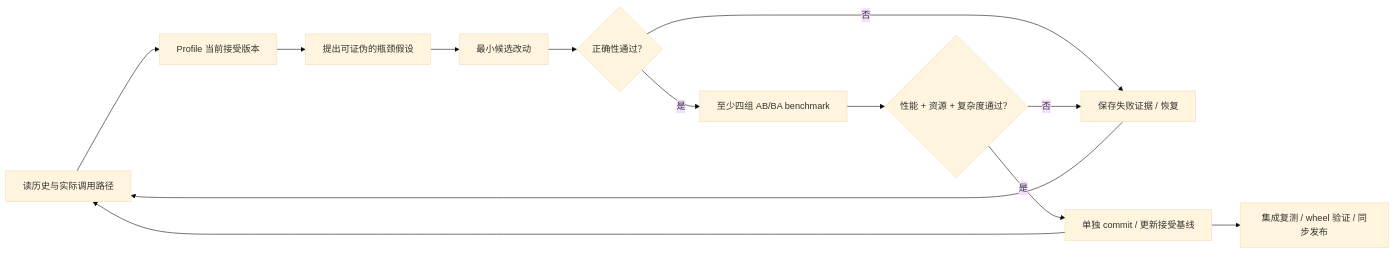
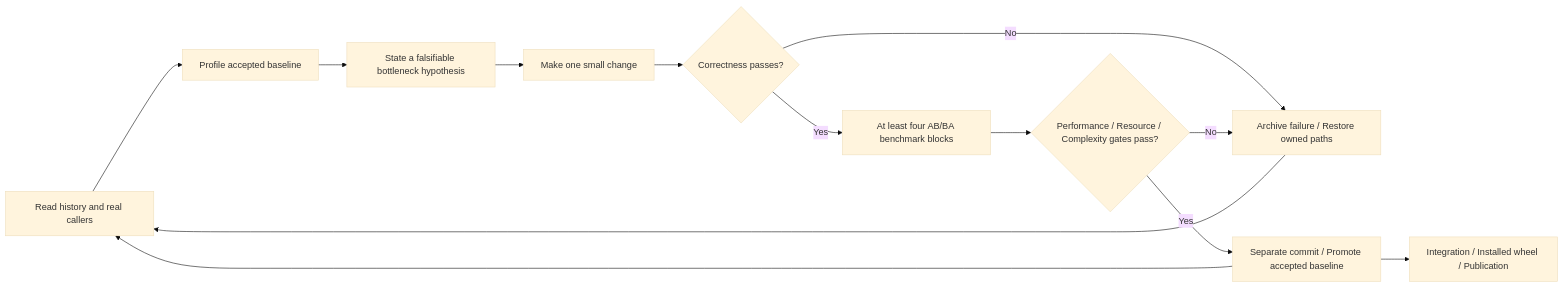
Before and after one commit to XieWeikai/mcap-ops: the diagram in RSI/README.md, drawn with Mermaid (base theme). The commit also changed other lines of this file and 71 other files, not shown here.

````diff
--- a/RSI/README.md
+++ b/RSI/README.md
@@ -9,15 +12,15 @@
 ```mermaid
 flowchart LR
-    E["读历史与实际调用路径"] --> P["Profile 当前接受版本"]
-    P --> H["提出可证伪的瓶颈假设"]
-    H --> C["最小候选改动"]
-    C --> V{"正确性通过？"}
-    V -->|"否"| R["保存失败证据 / 恢复"]
-    V -->|"是"| B["至少四组 AB/BA benchmark"]
-    B --> G{"性能 + 资源 + 复杂度通过？"}
-    G -->|"否"| R
-    G -->|"是"| A["单独 commit / 更新接受基线"]
+    E["Read history and real callers"] --> P["Profile accepted baseline"]
+    P --> H["State a falsifiable bottleneck hypothesis"]
+    H --> C["Make one small change"]
+    C --> V{"Correctness passes?"}
+    V -->|"No"| R["Archive failure / Restore owned paths"]
+    V -->|"Yes"| B["At least four AB/BA benchmark blocks"]
+    B --> G{"Performance / Resource / Complexity gates pass?"}
+    G -->|"No"| R
+    G -->|"Yes"| A["Separate commit / Promote accepted baseline"]
     R --> E
     A --> E
-    A --> F["集成复测 / wheel 验证 / 同步发布"]
+    A --> F["Integration / Installed wheel / Publication"]
 ```
````
